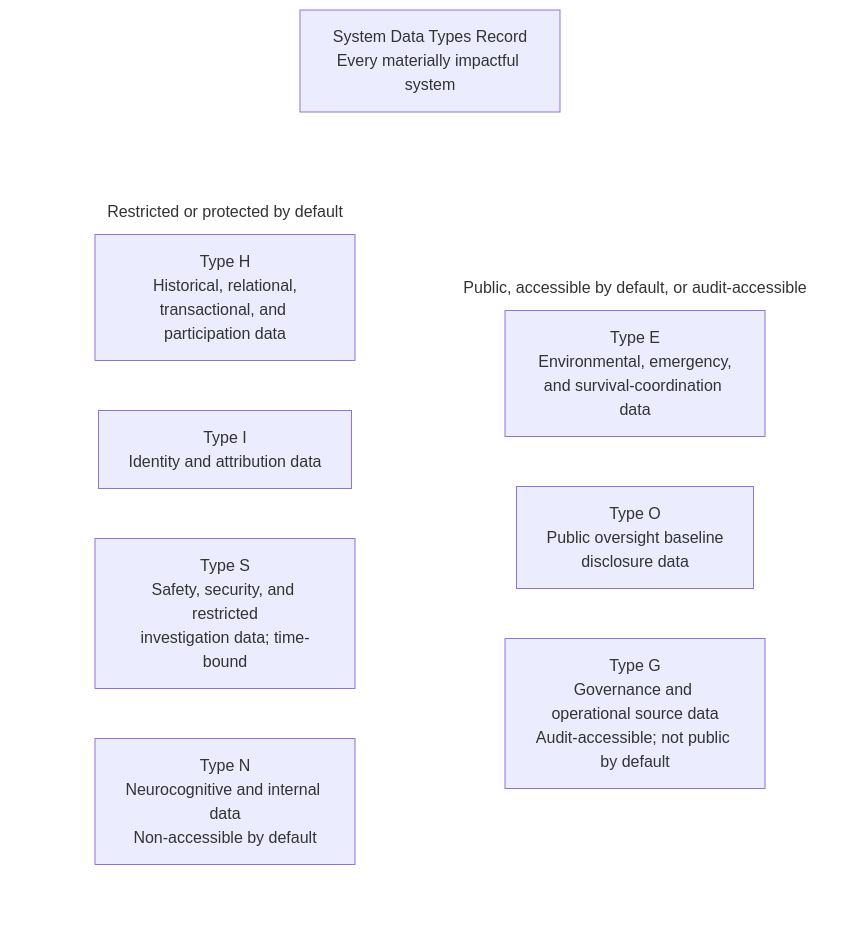
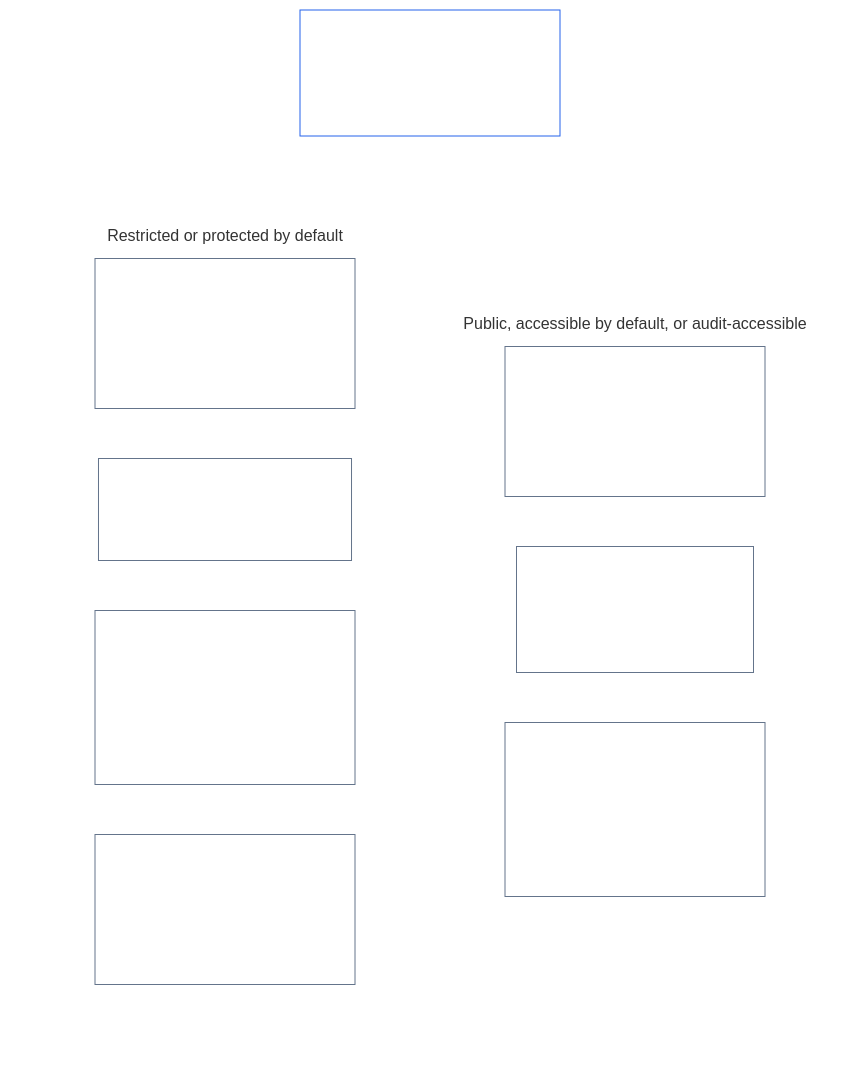
Before and after one commit to kfoelsch/Sentient_Constitution: the ninth of 20 diagrams in CONCEPTUAL_OVERVIEW.md, drawn with Mermaid. The commit also changed other lines of this file and 22 other files, not shown here.

````diff
--- a/CONCEPTUAL_OVERVIEW.md
+++ b/CONCEPTUAL_OVERVIEW.md
@@ -378,24 +437,32 @@
 ```mermaid
 flowchart TB
-    R["System Data Types Record<br/>Every materially impactful system"]
+    R["System Data Types Record<br/><br/>Every materially impactful system"]
     subgraph TypeGrid[" "]
         direction TB
         subgraph TypeRow1["Public, accessible by default, or audit-accessible"]
             direction LR
-            E["Type E<br/>Environmental, emergency,<br/>and survival-coordination data"]
-            O["Type O<br/>Public oversight baseline<br/>disclosure data"]
-            G["Type G<br/>Governance and operational source data<br/>Audit-accessible; not public by default"]
+            E["Type E<br/><br/>Environmental, emergency,<br/>and survival-coordination data"]
+            O["Type O<br/><br/>Public oversight baseline<br/>disclosure data"]
+            G["Type G<br/><br/>Governance and operational source data<br/>Audit-accessible; not public by default"]
         end
         subgraph TypeRow2["Restricted or protected by default"]
             direction LR
-            H["Type H<br/>Historical, relational,<br/>transactional, and participation data"]
-            I["Type I<br/>Identity and attribution data"]
-            S["Type S<br/>Safety, security, and restricted<br/>investigation data; time-bound"]
-            N["Type N<br/>Neurocognitive and internal data<br/>Non-accessible by default"]
+            H["Type H<br/><br/>Historical, relational,<br/>transactional, and participation data"]
+            I["Type I<br/><br/>Identity and attribution data"]
+            S["Type S<br/><br/>Safety, security, and restricted<br/>investigation data; time-bound"]
+            N["Type N<br/><br/>Neurocognitive and internal data<br/>Non-accessible by default"]
         end
     end
     R ~~~ TypeGrid
     style TypeGrid fill:none,stroke:none
     style TypeRow1 fill:none,stroke:none
     style TypeRow2 fill:none,stroke:none
+    style R fill:none,stroke:#2563eb,color:#ffffff
+    style E fill:none,stroke:#64748b,color:#ffffff
+    style O fill:none,stroke:#64748b,color:#ffffff
+    style G fill:none,stroke:#64748b,color:#ffffff
+    style H fill:none,stroke:#64748b,color:#ffffff
+    style I fill:none,stroke:#64748b,color:#ffffff
+    style S fill:none,stroke:#64748b,color:#ffffff
+    style N fill:none,stroke:#64748b,color:#ffffff
 ```
````
